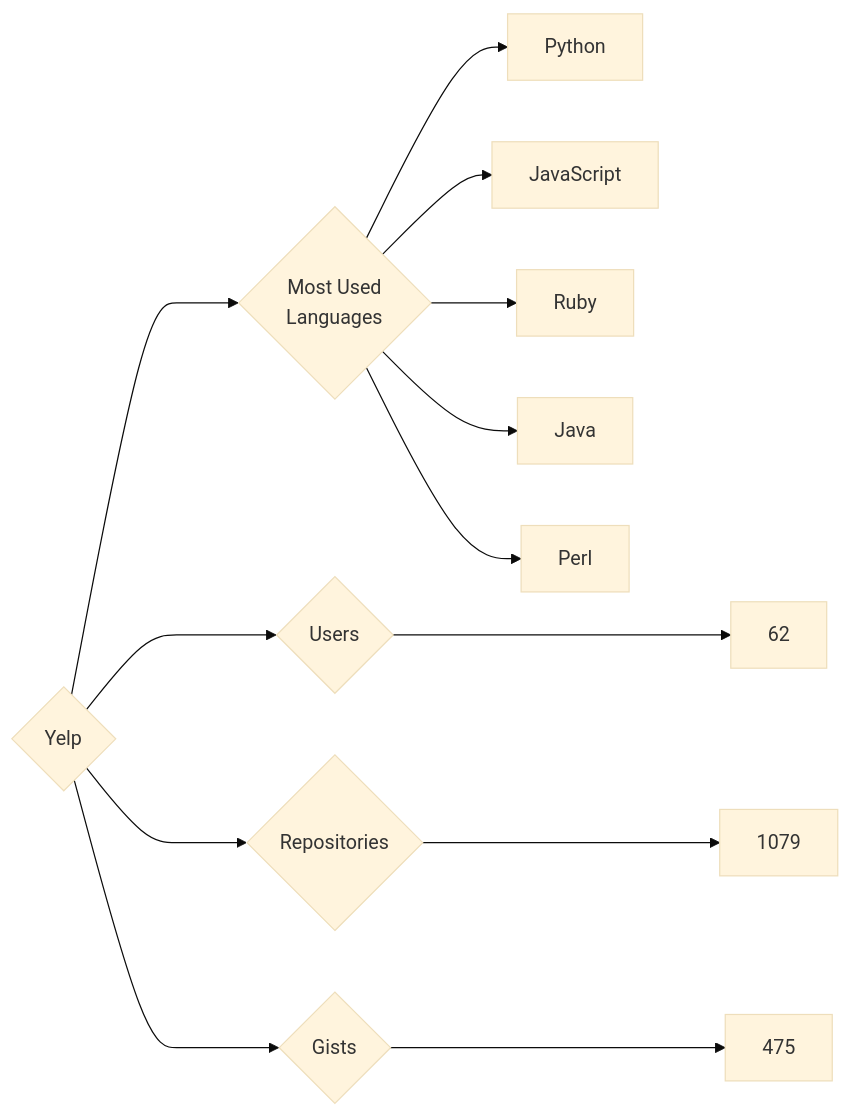
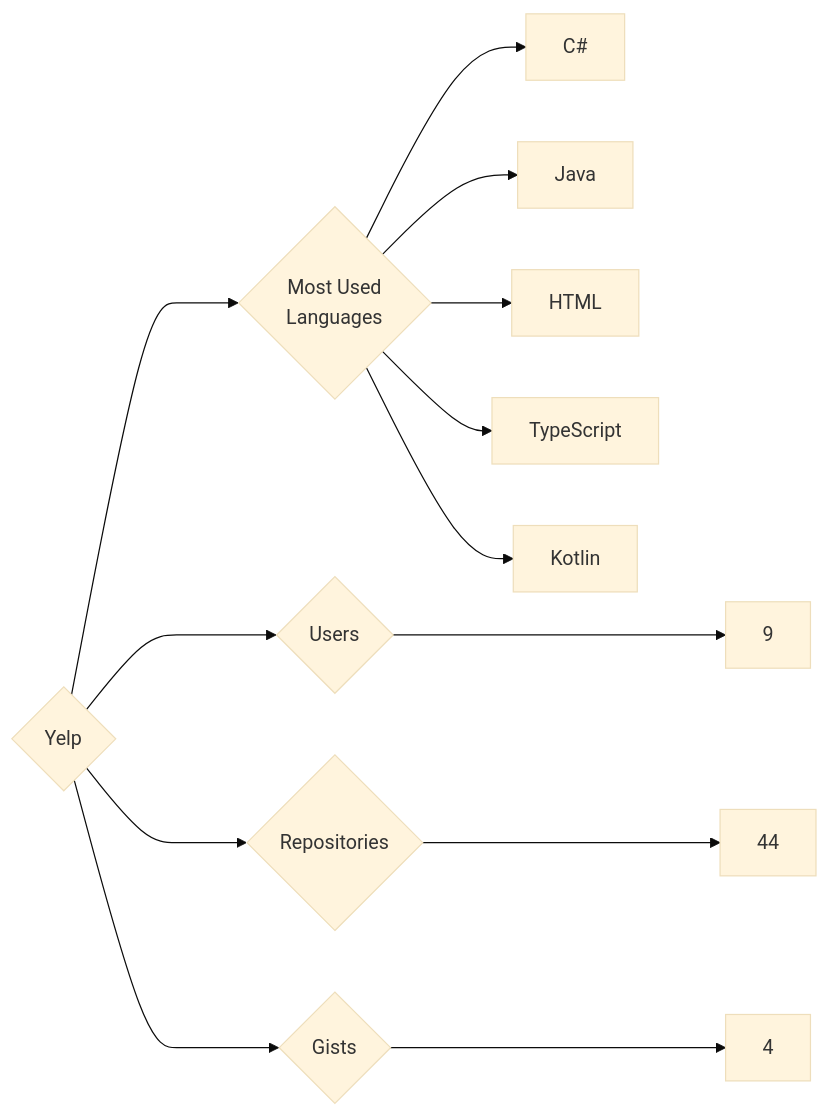
Before and after one commit to trickest/insiders: the diagram in targets/Yelp/README.md, drawn with Mermaid (base theme). The commit also changed 1496 other files, not shown here.

````diff
--- a/targets/Yelp/README.md
+++ b/targets/Yelp/README.md
@@ -3,13 +3,13 @@
 ```mermaid
 graph LR
 COMPANY_NAME{Yelp}
-COMPANY_NAME ---> U{Users} ---> UN[62]
-COMPANY_NAME ---> R{Repositories} ---> RN[1079]
-COMPANY_NAME ---> G{Gists} ---> GN[475]
+COMPANY_NAME ---> U{Users} ---> UN[9]
+COMPANY_NAME ---> R{Repositories} ---> RN[44]
+COMPANY_NAME ---> G{Gists} ---> GN[4]
 COMPANY_NAME ---> ML{Most Used<br>Languages}
-ML --> Python[Python]
-ML --> JavaScript[JavaScript]
-ML --> Ruby[Ruby]
+ML --> C#[C#]
 ML --> Java[Java]
-ML --> Perl[Perl]
+ML --> HTML[HTML]
+ML --> TypeScript[TypeScript]
+ML --> Kotlin[Kotlin]
 ```
````
